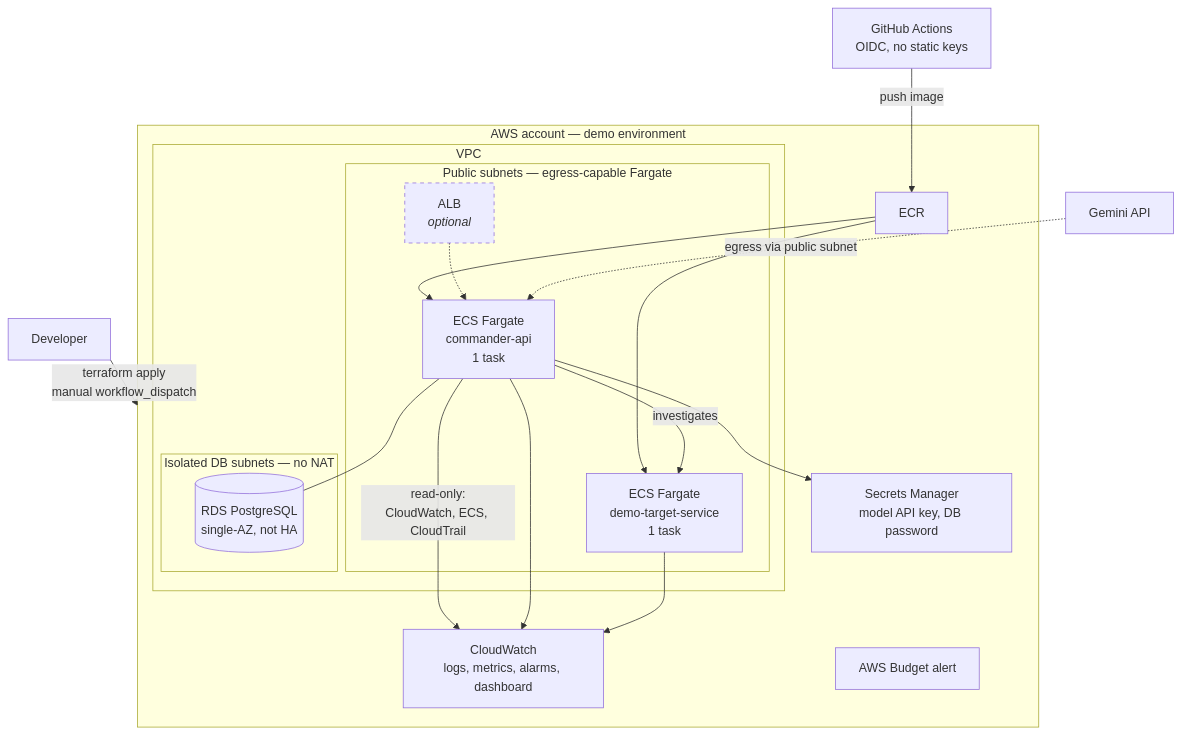
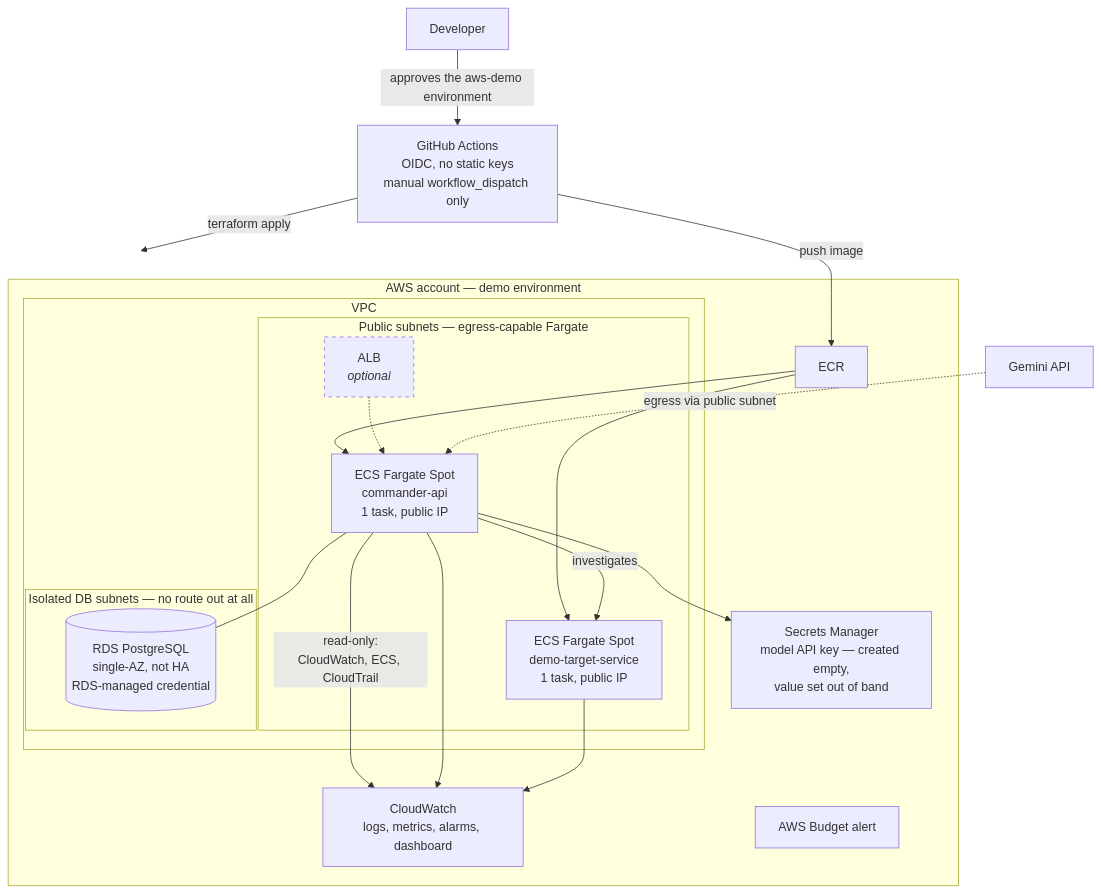
One commit to lapczyna/aws-incident-response-commander-adk-java changed the fifth of 5 diagrams in docs/diagrams/architecture.md. Above: the diagram before and after it, drawn with Mermaid. The commit also changed other lines of this file and 44 other files, not shown here.

````diff
--- a/docs/diagrams/architecture.md
+++ b/docs/diagrams/architecture.md
@@ -220,35 +222,36 @@
 ```mermaid
 graph TB
     subgraph AWS["AWS account — demo environment"]
         subgraph VPC["VPC"]
             subgraph PUB["Public subnets — egress-capable Fargate"]
-                C1["ECS Fargate<br/>commander-api<br/>1 task"]
-                C2["ECS Fargate<br/>demo-target-service<br/>1 task"]
+                C1["ECS Fargate Spot<br/>commander-api<br/>1 task, public IP"]
+                C2["ECS Fargate Spot<br/>demo-target-service<br/>1 task, public IP"]
                 ALB["ALB<br/><i>optional</i>"]
             end
-            subgraph PRIV["Isolated DB subnets — no NAT"]
-                RDS[("RDS PostgreSQL<br/>single-AZ, not HA")]
+            subgraph PRIV["Isolated DB subnets — no route out at all"]
+                RDS[("RDS PostgreSQL<br/>single-AZ, not HA<br/>RDS-managed credential")]
             end
         end
         ECR["ECR"]
-        SM["Secrets Manager<br/>model API key, DB password"]
+        SM["Secrets Manager<br/>model API key — created empty,<br/>value set out of band"]
         CW["CloudWatch<br/>logs, metrics, alarms, dashboard"]
         BUD["AWS Budget alert"]
     end
 
-    DEV["Developer"] -->|"terraform apply<br/>manual workflow_dispatch"| AWS
-    GH["GitHub Actions<br/>OIDC, no static keys"] -->|push image| ECR
+    DEV["Developer"] -->|"approves the aws-demo environment"| GH
+    GH["GitHub Actions<br/>OIDC, no static keys<br/>manual workflow_dispatch only"] -->|terraform apply| AWS
+    GH -->|push image| ECR
     ECR --> C1
     ECR --> C2
     C1 --- RDS
     C1 --> SM
     C1 -->|read-only:<br/>CloudWatch, ECS, CloudTrail| CW
     C1 -->|"investigates"| C2
     C1 --> CW
     C2 --> CW
     ALB -.-> C1
     GEM["Gemini API"] -.->|"egress via public subnet"| C1
 
     classDef optional stroke-dasharray: 5 5
     class ALB optional
 ```
````
